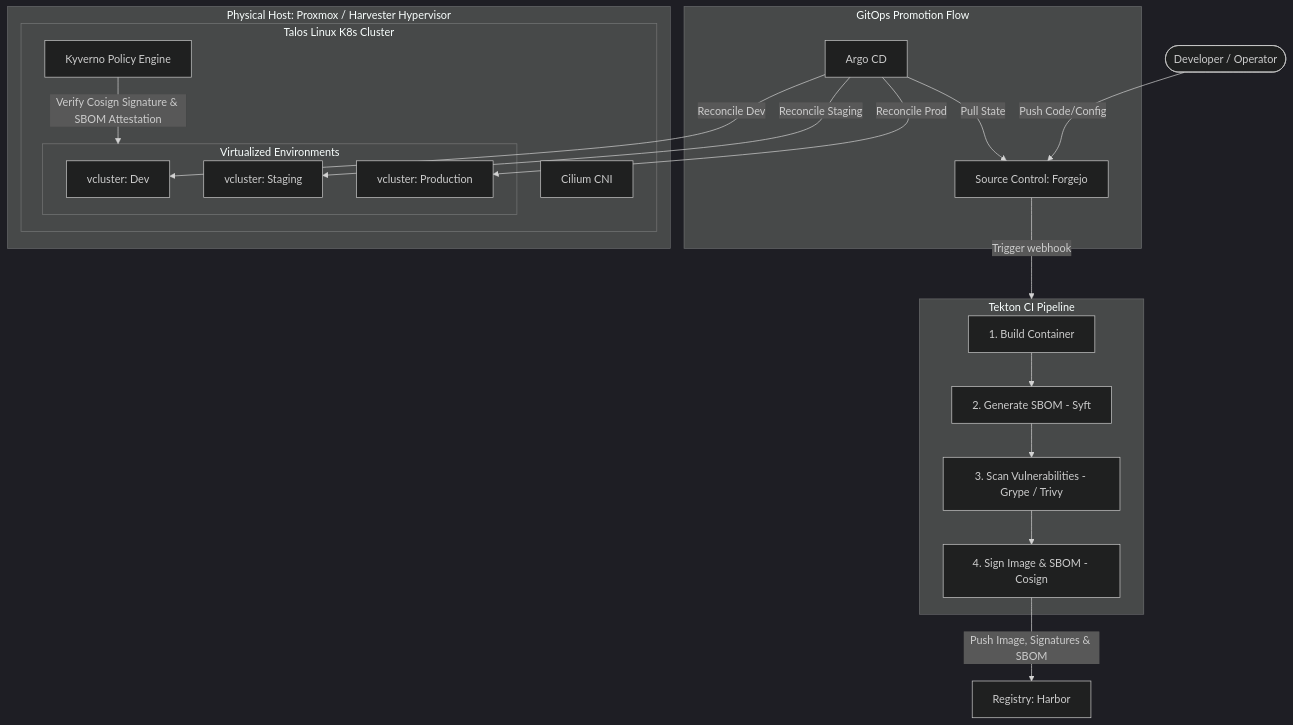
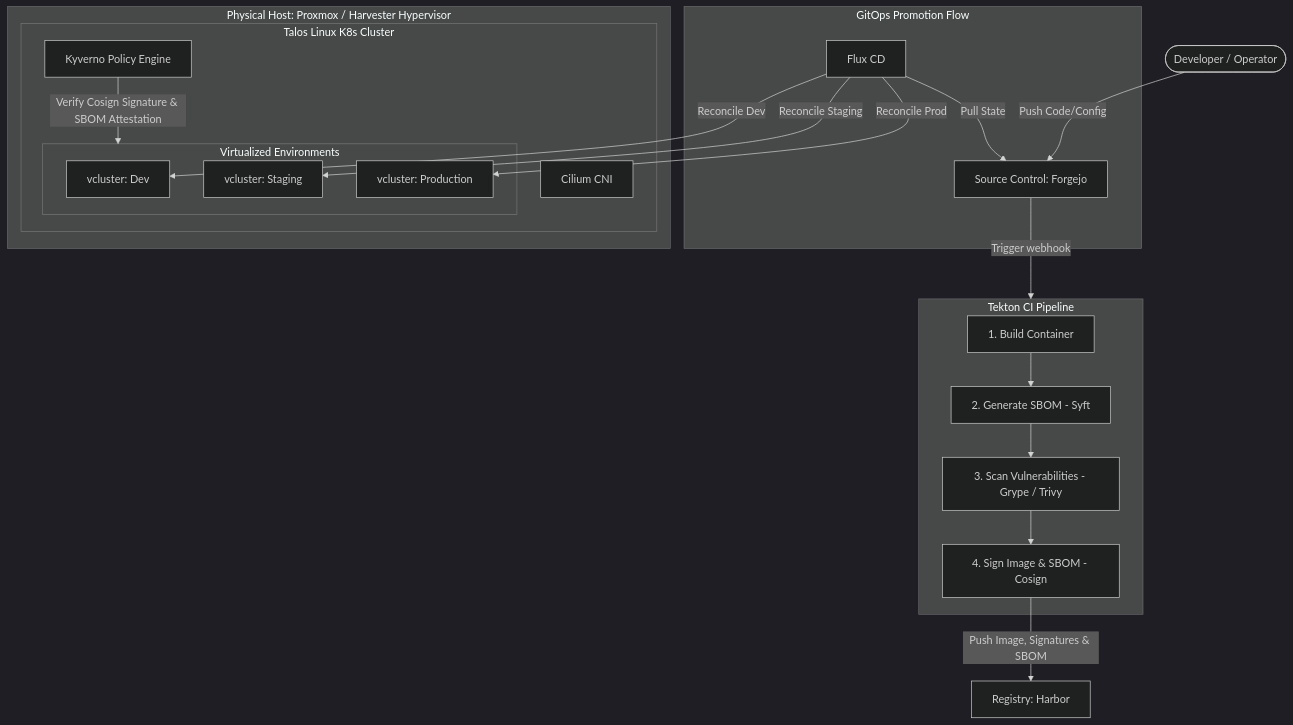
The first of 2 diagrams in HOMELAB.md (TineoC/homelab), drawn with Mermaid (dark theme) before and after one commit. The commit also changed other lines of this file and 41 other files, not shown here.

First line of the commit message:
Migrate GitOps engine from Argo CD to Flux

````diff
--- a/HOMELAB.md
+++ b/HOMELAB.md
@@ -9,36 +9,36 @@
 ```mermaid
 graph TD
     User([Developer / Operator]) -->|Push Code/Config| GitRepo[Source Control: Forgejo]
     
     subgraph TektonPipeline [Tekton CI Pipeline]
         Build[1. Build Container] --> SBOM[2. Generate SBOM - Syft]
         SBOM --> Scan[3. Scan Vulnerabilities - Grype / Trivy]
         Scan --> Sign[4. Sign Image & SBOM - Cosign]
     end
     
     GitRepo -->|Trigger webhook| TektonPipeline
     Sign -->|Push Image, Signatures & SBOM| Registry[Registry: Harbor]
     
     subgraph GitOps [GitOps Promotion Flow]
-        ArgoCD[Argo CD] -->|Pull State| GitRepo
+        Flux[Flux CD] -->|Pull State| GitRepo
     end
     
     subgraph HostPlatform [Physical Host: Proxmox / Harvester Hypervisor]
         subgraph TalosCluster [Talos Linux K8s Cluster]
             Cilium[Cilium CNI]
             Kyverno[Kyverno Policy Engine]
             
             subgraph VClusters [Virtualized Environments]
                 DevCluster[vcluster: Dev]
                 StgCluster[vcluster: Staging]
                 ProdCluster[vcluster: Production]
             end
         end
     end
     
-    ArgoCD -->|Reconcile Dev| DevCluster
-    ArgoCD -->|Reconcile Staging| StgCluster
-    ArgoCD -->|Reconcile Prod| ProdCluster
+    Flux -->|Reconcile Dev| DevCluster
+    Flux -->|Reconcile Staging| StgCluster
+    Flux -->|Reconcile Prod| ProdCluster
     
     Kyverno -->|Verify Cosign Signature & SBOM Attestation| VClusters
 ```
````
